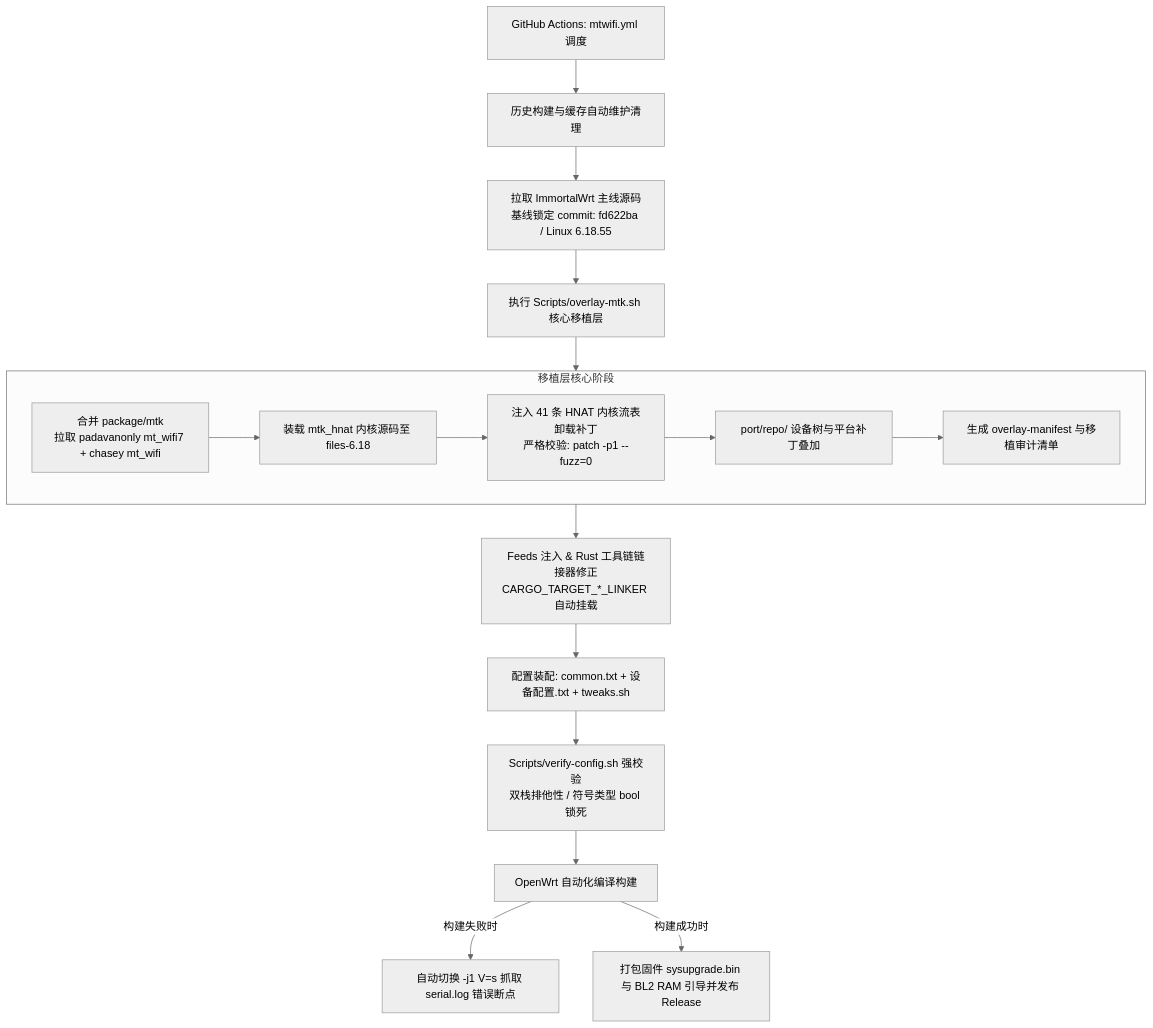
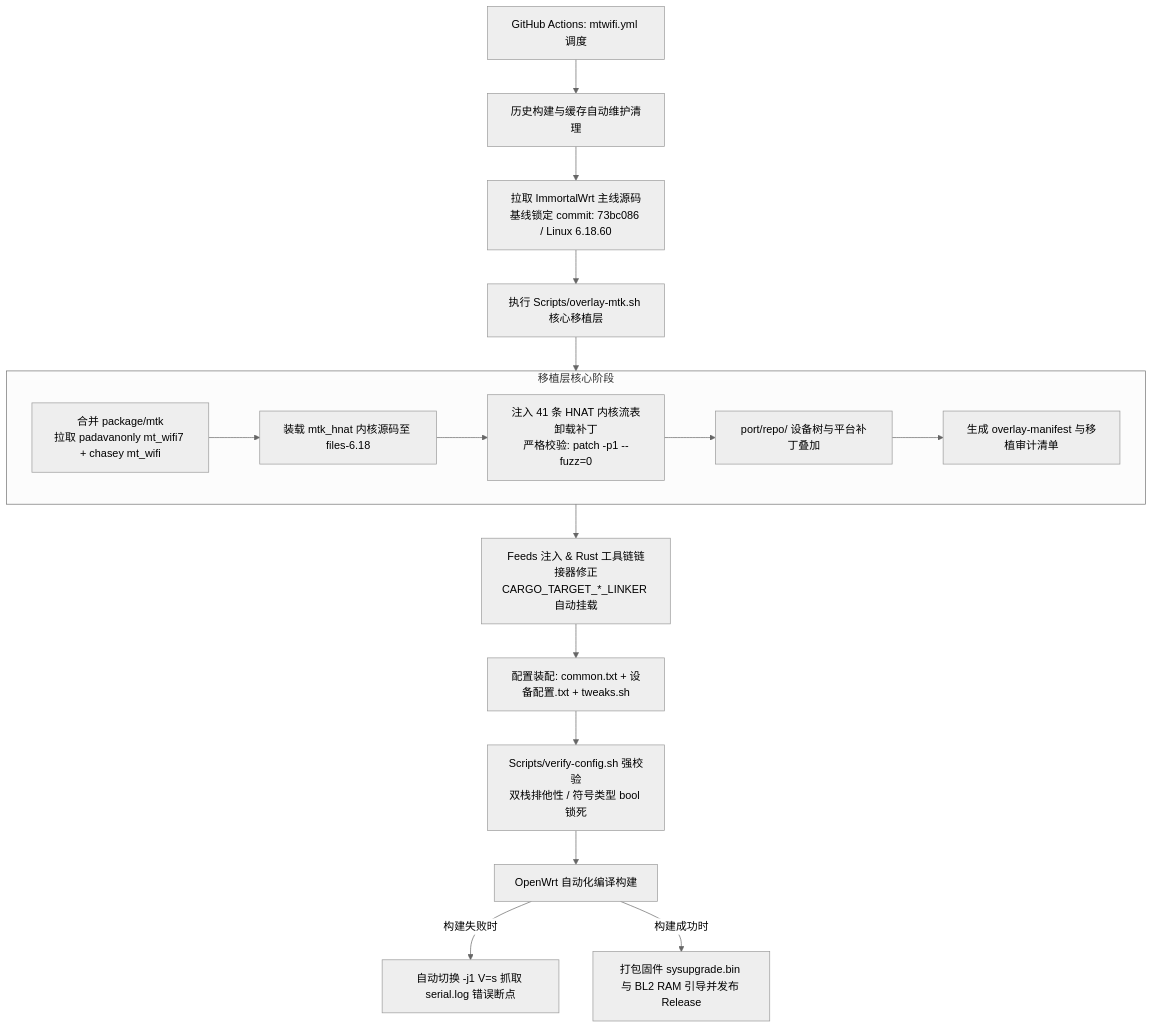
One commit to LianXia233/MTWIFI-CI changed the diagram in README.md. Above: the diagram before and after it, drawn with Mermaid (neutral theme). The commit also changed other lines of this file, not shown here.

````diff
--- a/README.md
+++ b/README.md
@@ -104,23 +104,23 @@
 ```mermaid
 flowchart TD
     A[GitHub Actions: mtwifi.yml 调度] --> B[历史构建与缓存自动维护清理]
-    B --> C[拉取 ImmortalWrt 主线源码<br/>基线锁定 commit: fd622ba / Linux 6.18.55]
+    B --> C[拉取 ImmortalWrt 主线源码<br/>基线锁定 commit: 73bc086 / Linux 6.18.60]
     C --> D[执行 Scripts/overlay-mtk.sh 核心移植层]
     
     subgraph Overlay [移植层核心阶段]
         D1[合并 package/mtk<br/>拉取 padavanonly mt_wifi7 + chasey mt_wifi]
         D2[装载 mtk_hnat 内核源码至 files-6.18]
         D3[注入 41 条 HNAT 内核流表卸载补丁<br/>严格校验: patch -p1 --fuzz=0]
         D4[port/repo/ 设备树与平台补丁叠加]
         D5[生成 overlay-manifest 与移植审计清单]
         D1 --> D2 --> D3 --> D4 --> D5
     end
     
     D --> Overlay
     Overlay --> E[Feeds 注入 & Rust 工具链链接器修正<br/>CARGO_TARGET_*_LINKER 自动挂载]
     E --> F[配置装配: common.txt + 设备配置.txt + tweaks.sh]
     F --> G[Scripts/verify-config.sh 强校验<br/>双栈排他性 / 符号类型 bool 锁死]
     G --> H[OpenWrt 自动化编译构建]
     H -->|构建失败时| I[自动切换 -j1 V=s 抓取 serial.log 错误断点]
     H -->|构建成功时| J[打包固件 sysupgrade.bin 与 BL2 RAM 引导并发布 Release]
 ```
````
